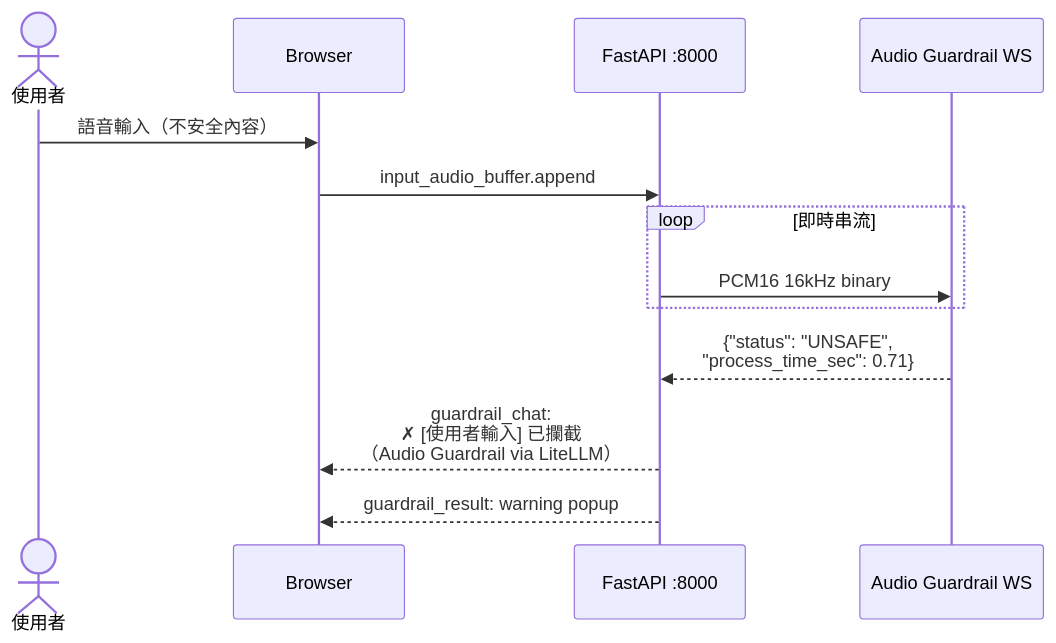
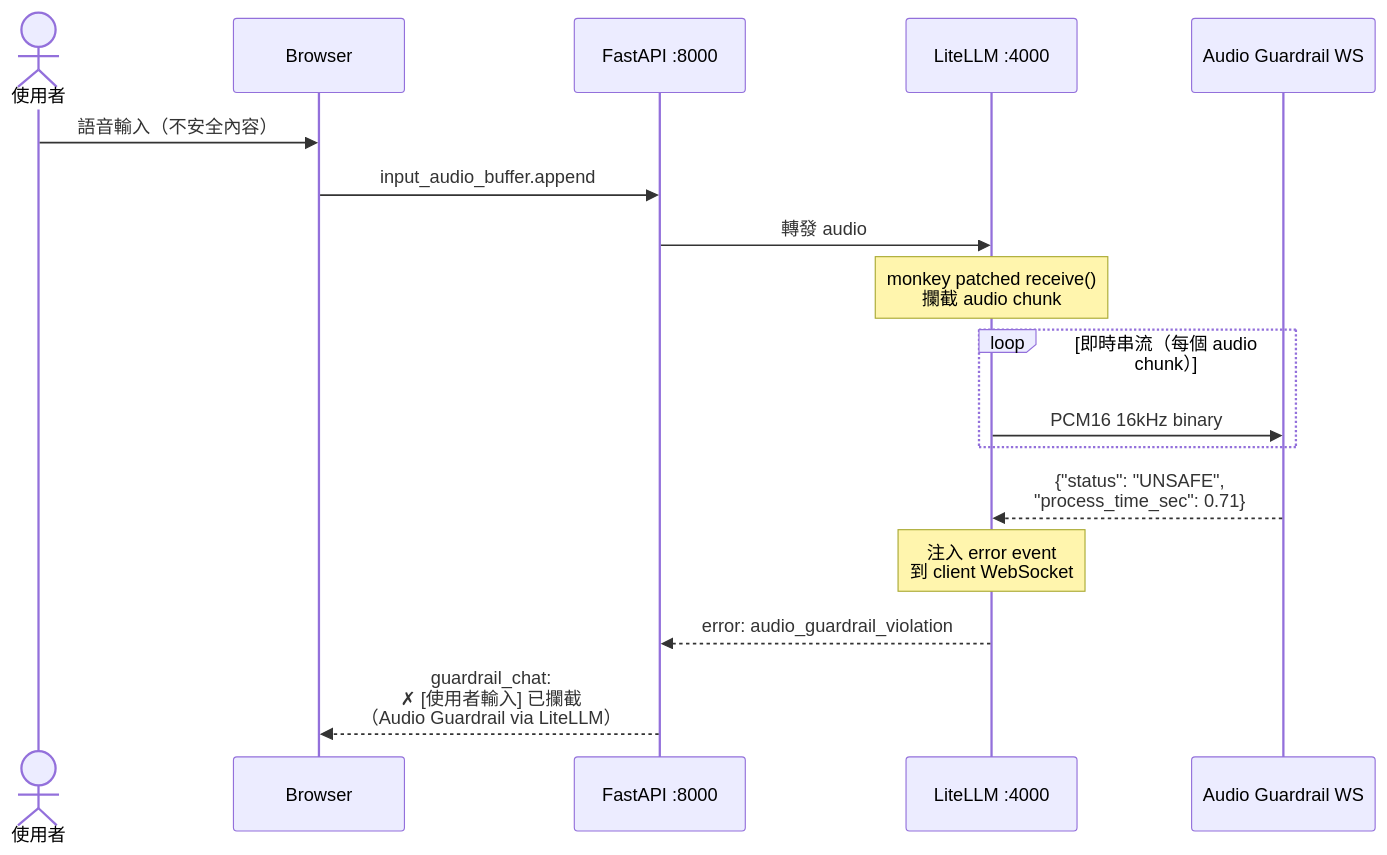
The fourth of 4 diagrams in ARCHITECTURE.md (vic4code/speech-form-filling-demo), drawn with Mermaid before and after one commit. The commit also changed other lines of this file and 1 other file, not shown here.

First line of the commit message:
Update architecture diagrams to reflect monkey patch approach

````diff
--- a/ARCHITECTURE.md
+++ b/ARCHITECTURE.md
@@ -148,19 +150,25 @@
 ```mermaid
 sequenceDiagram
     actor User as 使用者
     participant Browser as Browser
     participant FastAPI as FastAPI :8000
+    participant LiteLLM as LiteLLM :4000
     participant AudioGR as Audio Guardrail WS
 
     User->>Browser: 語音輸入（不安全內容）
     Browser->>FastAPI: input_audio_buffer.append
+    FastAPI->>LiteLLM: 轉發 audio
 
-    loop 即時串流
-        FastAPI->>AudioGR: PCM16 16kHz binary
+    Note over LiteLLM: monkey patched receive()<br/>攔截 audio chunk
+
+    loop 即時串流（每個 audio chunk）
+        LiteLLM->>AudioGR: PCM16 16kHz binary
     end
 
-    AudioGR-->>FastAPI: {"status": "UNSAFE",<br/>"process_time_sec": 0.71}
+    AudioGR-->>LiteLLM: {"status": "UNSAFE",<br/>"process_time_sec": 0.71}
 
+    Note over LiteLLM: 注入 error event<br/>到 client WebSocket
+
+    LiteLLM-->>FastAPI: error: audio_guardrail_violation
     FastAPI-->>Browser: guardrail_chat:<br/>✗ [使用者輸入] 已攔截<br/>（Audio Guardrail via LiteLLM）
-    FastAPI-->>Browser: guardrail_result: warning popup
 ```
````
